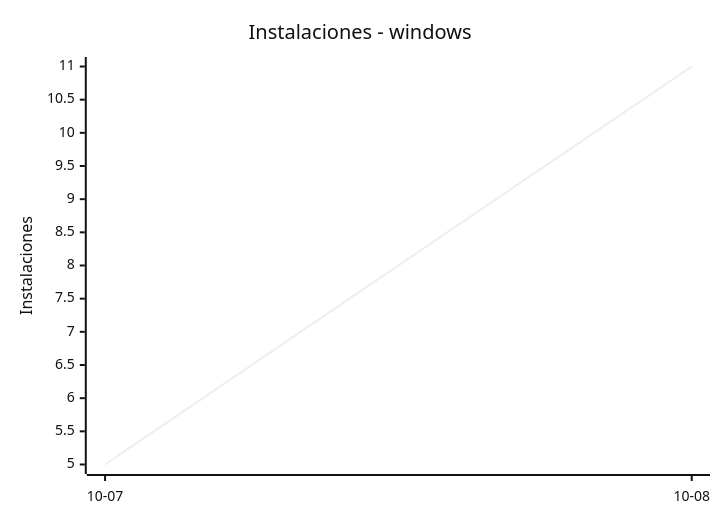
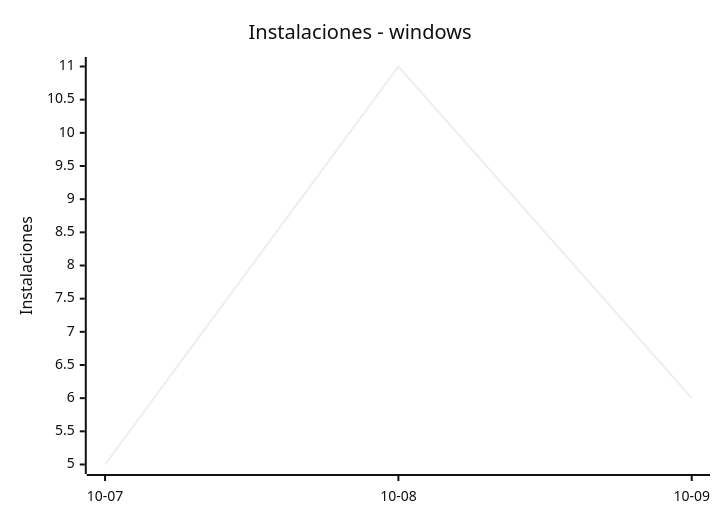
The sixth of 8 diagrams in README.md (EmuDeck/stats), drawn with Mermaid (neutral theme) before and after one commit. The commit also changed other lines of this file and 2 other files, not shown here.

````diff
--- a/README.md
+++ b/README.md
@@ -68,7 +68,7 @@
 ```mermaid
 xychart-beta
     title "Instalaciones - windows"
-    x-axis ["10-07", "10-08"]
+    x-axis ["10-07", "10-08", "10-09"]
     y-axis "Instalaciones"
-    line [5, 11]
+    line [5, 11, 6]
 ```
````
